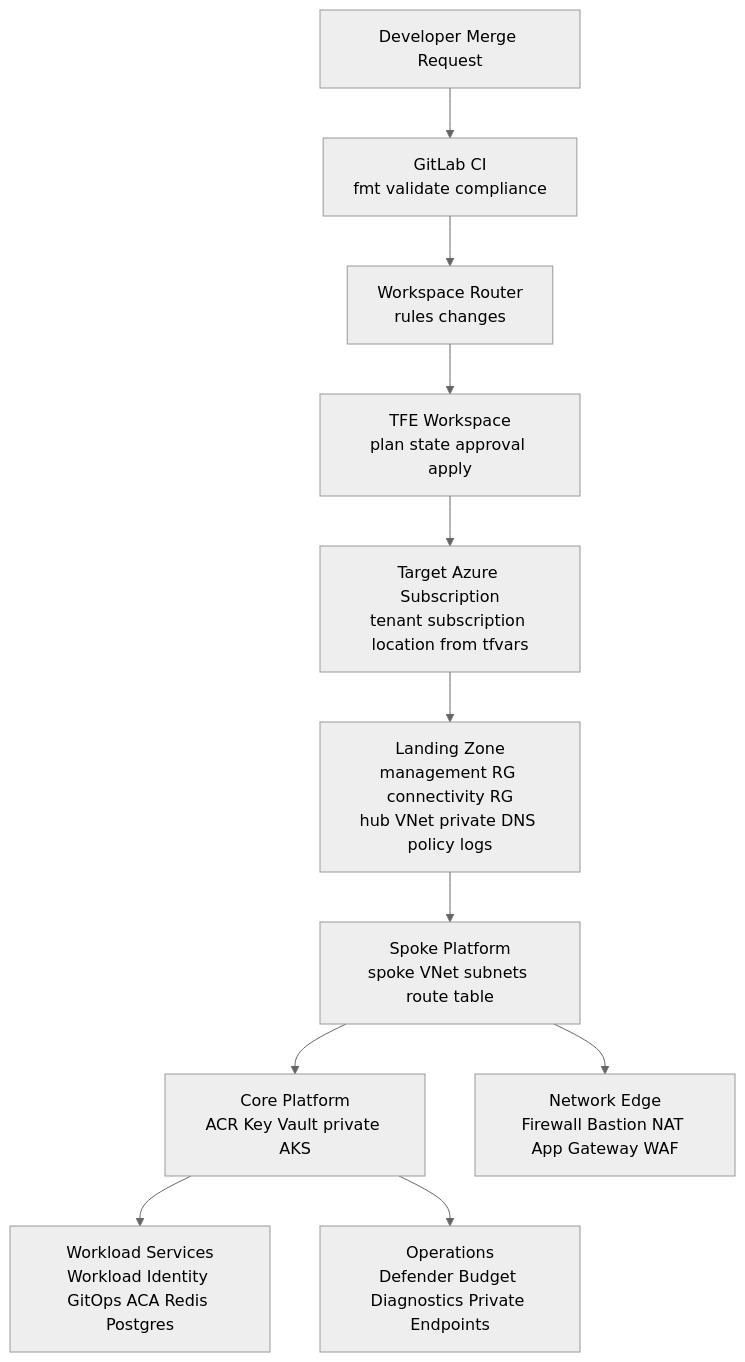
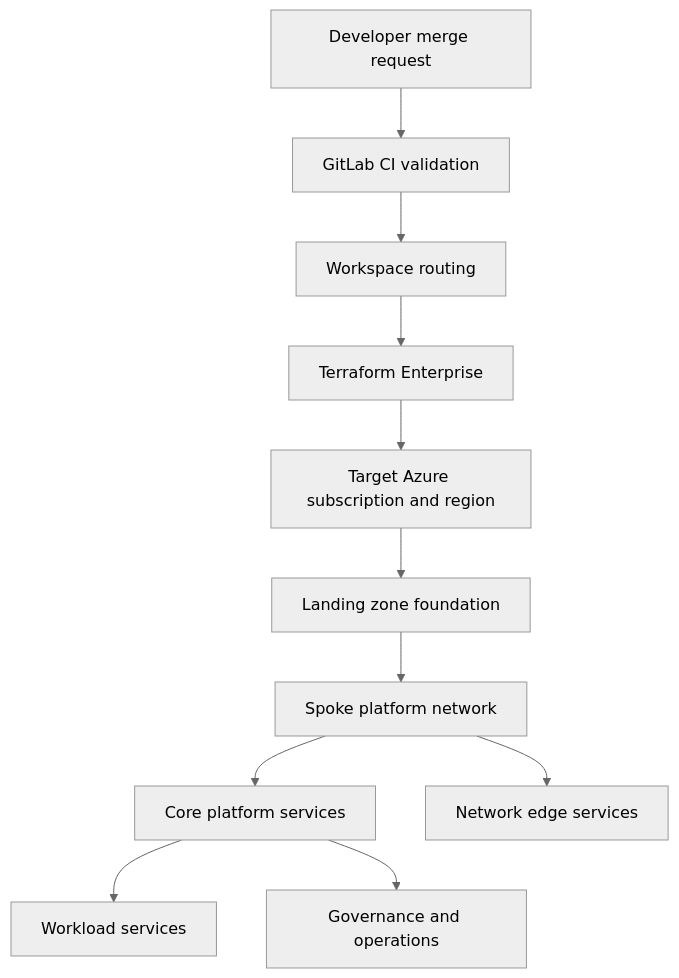
One commit to SagarDevExpo/terraform-infra changed the first of 2 diagrams in README.md. Above: the diagram before and after it, drawn with Mermaid (neutral theme). The commit also changed other lines of this file, not shown here.

Commit message:
Simplify README Mermaid diagrams

````diff
--- a/README.md
+++ b/README.md
@@ -22,14 +22,14 @@
 ```mermaid
 flowchart TD
-  Dev[Developer Merge Request] --> GitLab[GitLab CI<br/>fmt validate compliance]
-  GitLab --> Router[Workspace Router<br/>rules changes]
-  Router --> TFE[TFE Workspace<br/>plan state approval apply]
-  TFE --> Azure[Target Azure Subscription<br/>tenant subscription location from tfvars]
+  Dev[Developer merge request] --> GitLab[GitLab CI validation]
+  GitLab --> Router[Workspace routing]
+  Router --> TFE[Terraform Enterprise]
+  TFE --> Azure[Target Azure subscription and region]
 
-  Azure --> LZ[Landing Zone<br/>management RG connectivity RG<br/>hub VNet private DNS policy logs]
-  LZ --> Spoke[Spoke Platform<br/>spoke VNet subnets route table]
-  Spoke --> Core[Core Platform<br/>ACR Key Vault private AKS]
-  Spoke --> Edge[Network Edge<br/>Firewall Bastion NAT App Gateway WAF]
-  Core --> Workload[Workload Services<br/>Workload Identity GitOps ACA Redis Postgres]
-  Core --> Governance[Operations<br/>Defender Budget Diagnostics Private Endpoints]
+  Azure --> LZ[Landing zone foundation]
+  LZ --> Spoke[Spoke platform network]
+  Spoke --> Core[Core platform services]
+  Spoke --> Edge[Network edge services]
+  Core --> Workload[Workload services]
+  Core --> Governance[Governance and operations]
 ```
````
